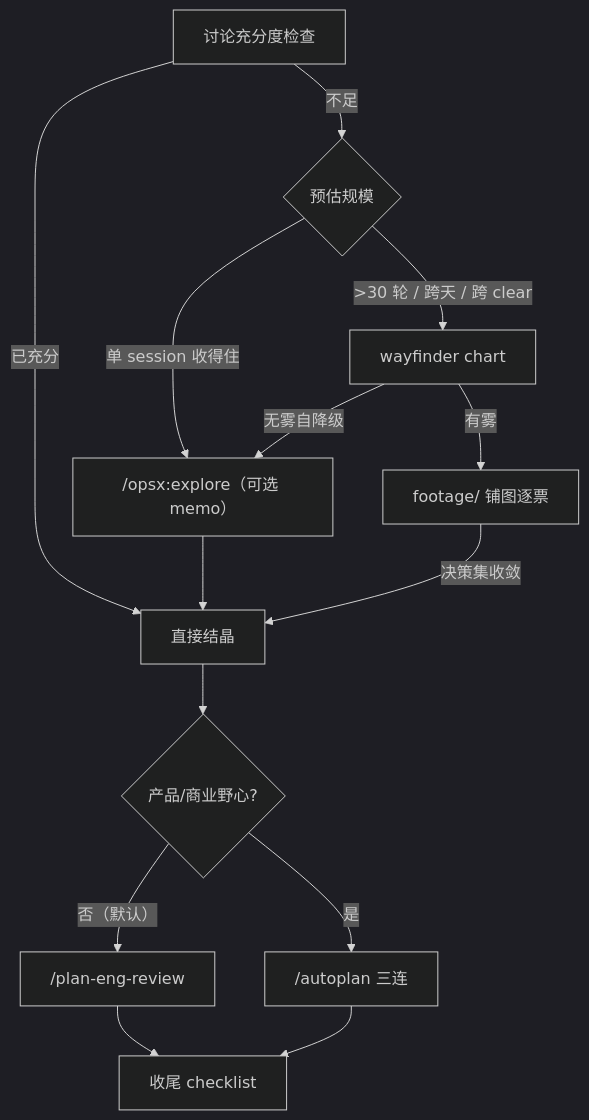
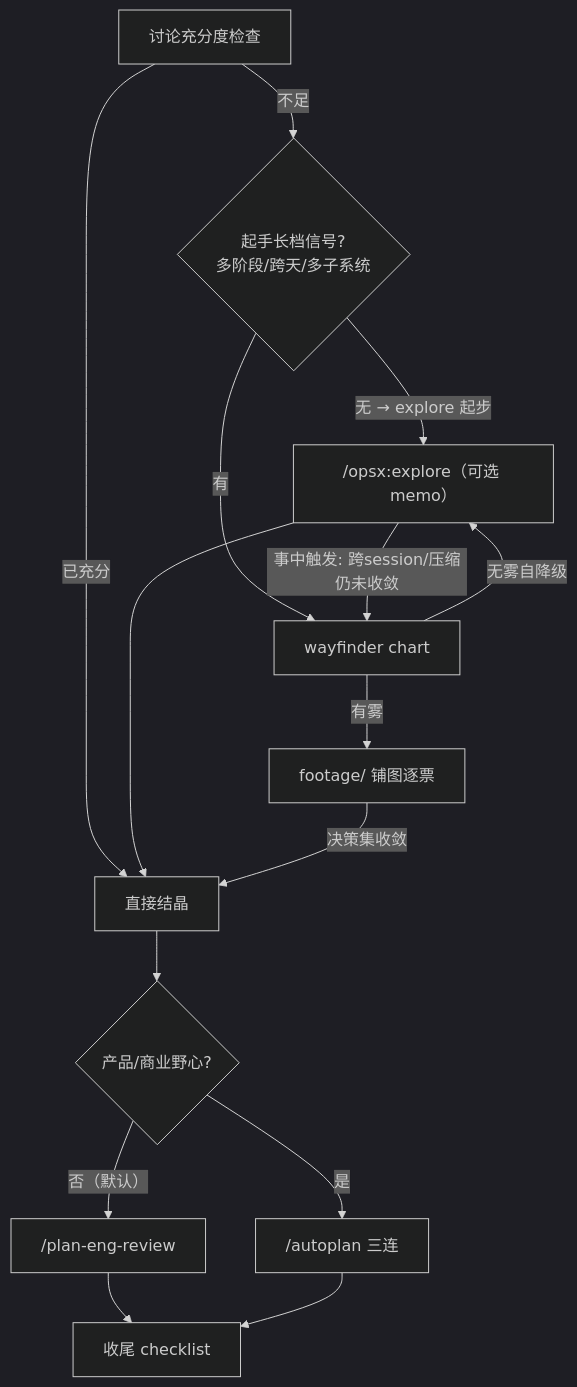
The third of 3 diagrams in openspec/changes/rebuild-sdflow-roadmap-v2/design.md (laodao-ai/sdflow-skills), drawn with Mermaid (dark theme) before and after one commit. The commit also changed other lines of this file and 4 other files, not shown here.

````diff
--- a/openspec/changes/rebuild-sdflow-roadmap-v2/design.md
+++ b/openspec/changes/rebuild-sdflow-roadmap-v2/design.md
@@ -110,15 +113,16 @@
 ```mermaid
 flowchart TD
     S["讨论充分度检查"] -->|已充分| CRYST["直接结晶"]
-    S -->|不足| SIZE{"预估规模"}
-    SIZE -->|"单 session 收得住"| EXP["/opsx:explore（可选 memo）"]
-    SIZE -->|">30 轮 / 跨天 / 跨 clear"| WFC["wayfinder chart"]
+    S -->|不足| SIG{"起手长档信号?<br/>多阶段/跨天/多子系统"}
+    SIG -->|"无 → explore 起步"| EXP["/opsx:explore（可选 memo）"]
+    SIG -->|有| WFC["wayfinder chart"]
+    EXP -->|"事中触发: 跨session/压缩仍未收敛"| WFC
     WFC -->|无雾自降级| EXP
     WFC -->|有雾| MAP["footage/ 铺图逐票"]
     EXP --> CRYST
     MAP -->|决策集收敛| CRYST
     CRYST --> REV{"产品/商业野心?"}
     REV -->|否（默认）| ENG["/plan-eng-review"]
     REV -->|是| AP["/autoplan 三连"]
     ENG & AP --> CK["收尾 checklist"]
 ```
````
